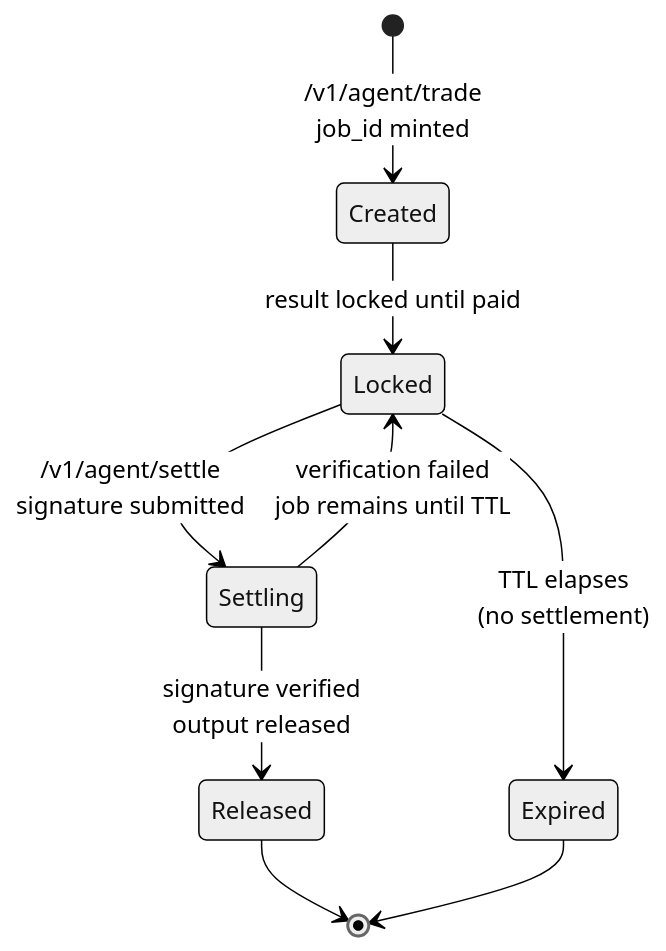
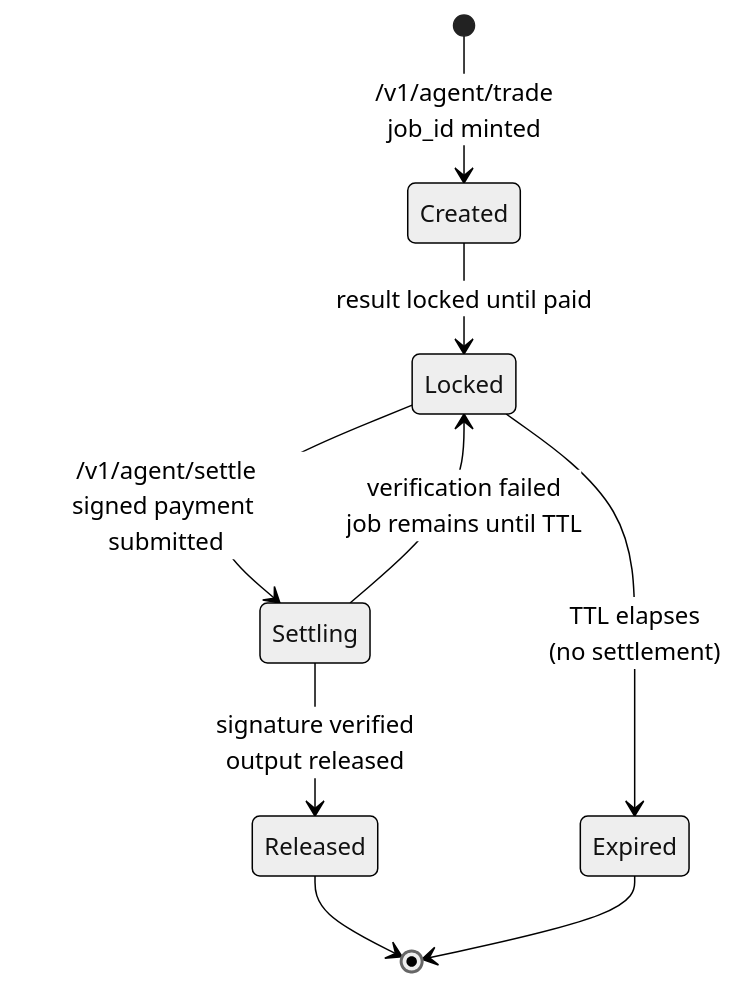
The third of 3 diagrams in README.md (The-Swarm-Corporation/ATP-Protocol), drawn with Mermaid (neutral theme) before and after one commit. The commit also changed other lines of this file and 5 other files, not shown here.

````diff
--- a/README.md
+++ b/README.md
@@ -177,11 +176,11 @@
 ```mermaid
 stateDiagram-v2
   [*] --> Created: /v1/agent/trade<br/>job_id minted
   Created --> Locked: result locked until paid
   Locked --> Expired: TTL elapses<br/>(no settlement)
-  Locked --> Settling: /v1/agent/settle<br/>signature submitted
+  Locked --> Settling: /v1/agent/settle<br/>signed payment submitted
   Settling --> Released: signature verified<br/>output released
   Settling --> Locked: verification failed<br/>job remains until TTL
   Released --> [*]
   Expired --> [*]
 ```
````
